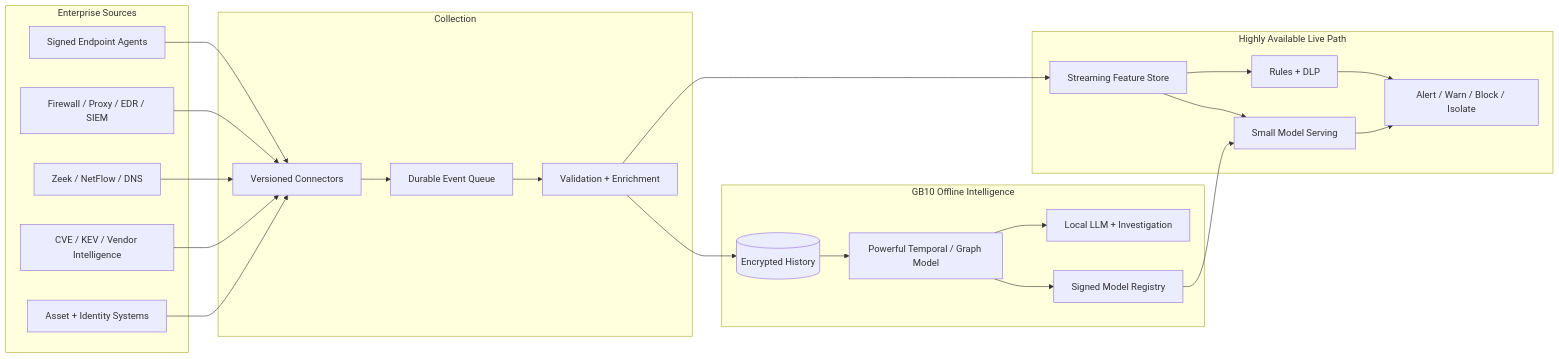
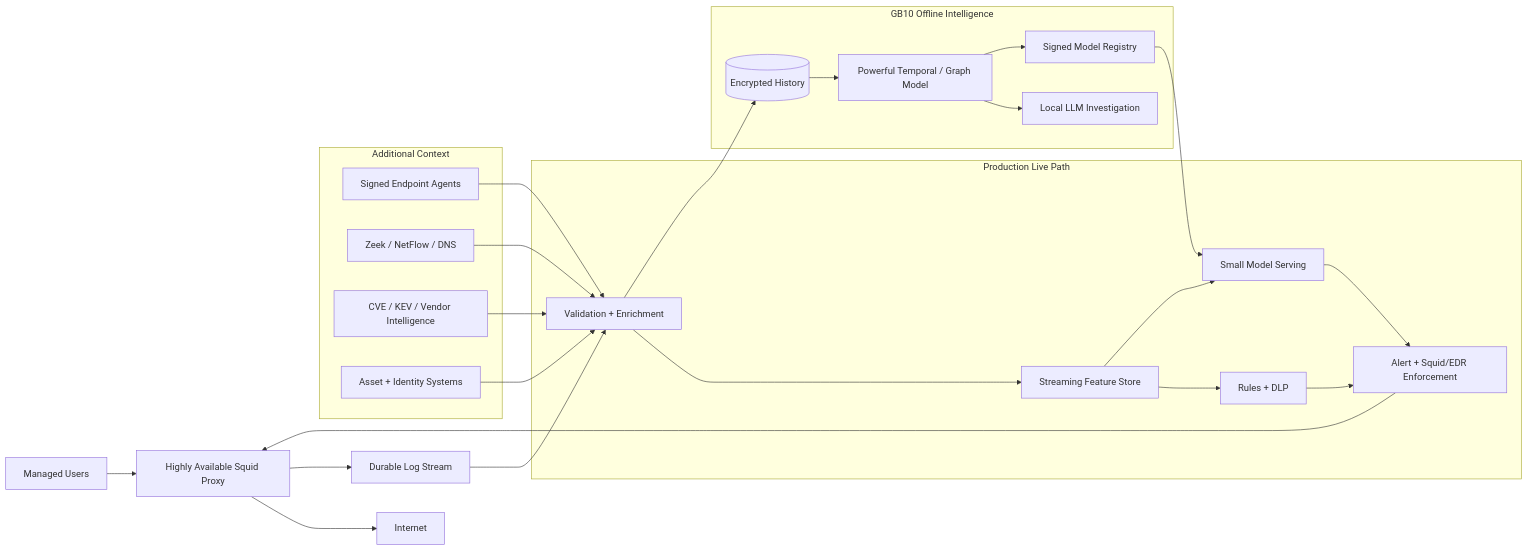
Before and after one commit to ric03uec/dell-x-nvidia-hackathon: the third of 3 diagrams in docs/exfiltration-protection-architecture.md, drawn with Mermaid. The commit also changed other lines of this file, not shown here.

Commit message:
docs: center MVP architecture on Squid

````diff
--- a/docs/exfiltration-protection-architecture.md
+++ b/docs/exfiltration-protection-architecture.md
@@ -273,45 +356,43 @@
 ```mermaid
 flowchart LR
-    subgraph EnterpriseSources[Enterprise Sources]
+    USERS[Managed Users] --> SQUID[Highly Available Squid Proxy]
+    SQUID --> WEB[Internet]
+    SQUID --> STREAM[Durable Log Stream]
+
+    subgraph Context[Additional Context]
         AGENTS[Signed Endpoint Agents]
-        LOGS[Firewall / Proxy / EDR / SIEM]
         NET[Zeek / NetFlow / DNS]
         INTEL[CVE / KEV / Vendor Intelligence]
-        ASSETS[Asset + Identity Systems]
+        ID[Asset + Identity Systems]
     end
 
-    subgraph Collection[Collection]
-        CONNECT[Versioned Connectors]
-        QUEUE[Durable Event Queue]
+    subgraph Live[Production Live Path]
         PIPE[Validation + Enrichment]
+        FEATURE[Streaming Feature Store]
+        POLICY[Rules + DLP]
+        MODEL[Small Model Serving]
+        RESPONSE[Alert + Squid/EDR Enforcement]
     end
 
-    subgraph LiveProduction[Highly Available Live Path]
-        FEATURE[Streaming Feature Store]
-        POLICY[Rules + DLP]
-        LIVEPROD[Small Model Serving]
-        ENFORCE[Alert / Warn / Block / Isolate]
-    end
-
-    subgraph OfflineProduction[GB10 Offline Intelligence]
-        LAKE[(Encrypted History)]
-        BIG[Powerful Temporal / Graph Model]
-        LOCAL_LLM[Local LLM + Investigation]
+    subgraph Offline[GB10 Offline Intelligence]
+        HISTORY[(Encrypted History)]
+        LARGE[Powerful Temporal / Graph Model]
+        LLM[Local LLM Investigation]
         REGISTRY[Signed Model Registry]
     end
 
-    AGENTS --> CONNECT
-    LOGS --> CONNECT
-    NET --> CONNECT
-    INTEL --> CONNECT
-    ASSETS --> CONNECT
-    CONNECT --> QUEUE --> PIPE --> FEATURE
+    STREAM --> PIPE
+    AGENTS --> PIPE
+    NET --> PIPE
+    INTEL --> PIPE
+    ID --> PIPE
+    PIPE --> FEATURE
     FEATURE --> POLICY
-    FEATURE --> LIVEPROD
-    POLICY --> ENFORCE
-    LIVEPROD --> ENFORCE
-    PIPE --> LAKE
-    LAKE --> BIG
-    BIG --> LOCAL_LLM
-    BIG --> REGISTRY --> LIVEPROD
+    FEATURE --> MODEL
+    POLICY --> RESPONSE
+    MODEL --> RESPONSE
+    RESPONSE --> SQUID
+    PIPE --> HISTORY
+    HISTORY --> LARGE --> LLM
+    LARGE --> REGISTRY --> MODEL
 ```
````
